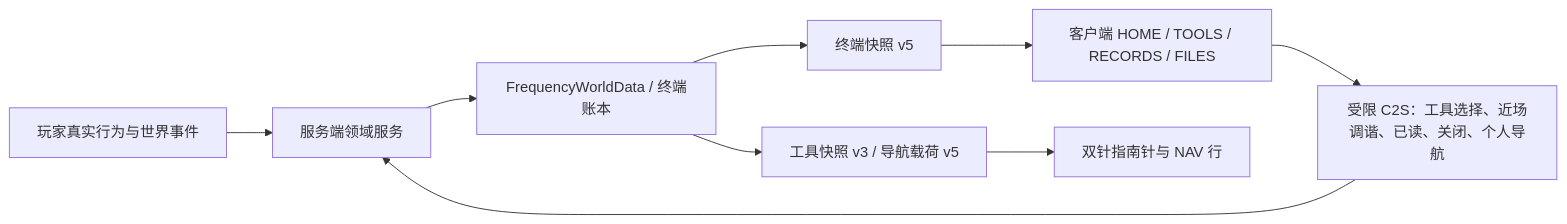
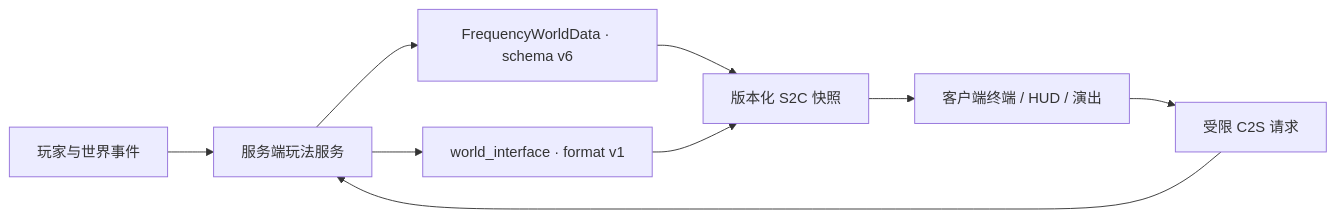
Before and after one commit to xiaoming6680/MC-The-Fourth-Frequency: the diagram in docs/architecture.md, drawn with Mermaid. The commit also changed other lines of this file and 10 other files, not shown here.

````diff
--- a/docs/architecture.md
+++ b/docs/architecture.md
@@ -37,11 +36,11 @@
 ```mermaid
 flowchart LR
-    A["玩家真实行为与世界事件"] --> B["服务端领域服务"]
-    B --> C["FrequencyWorldData / 终端账本"]
-    C --> D["终端快照 v5"]
-    C --> E["工具快照 v3 / 导航载荷 v5"]
-    D --> F["客户端 HOME / TOOLS / RECORDS / FILES"]
-    E --> G["双针指南针与 NAV 行"]
-    F --> H["受限 C2S：工具选择、近场调谐、已读、关闭、个人导航"]
-    H --> B
+    P["玩家与世界事件"] --> S["服务端玩法服务"]
+    S --> W["FrequencyWorldData · schema v6"]
+    S --> I["world_interface · format v1"]
+    W --> N["版本化 S2C 快照"]
+    I --> N
+    N --> C["客户端终端 / HUD / 演出"]
+    C --> Q["受限 C2S 请求"]
+    Q --> S
 ```
````
